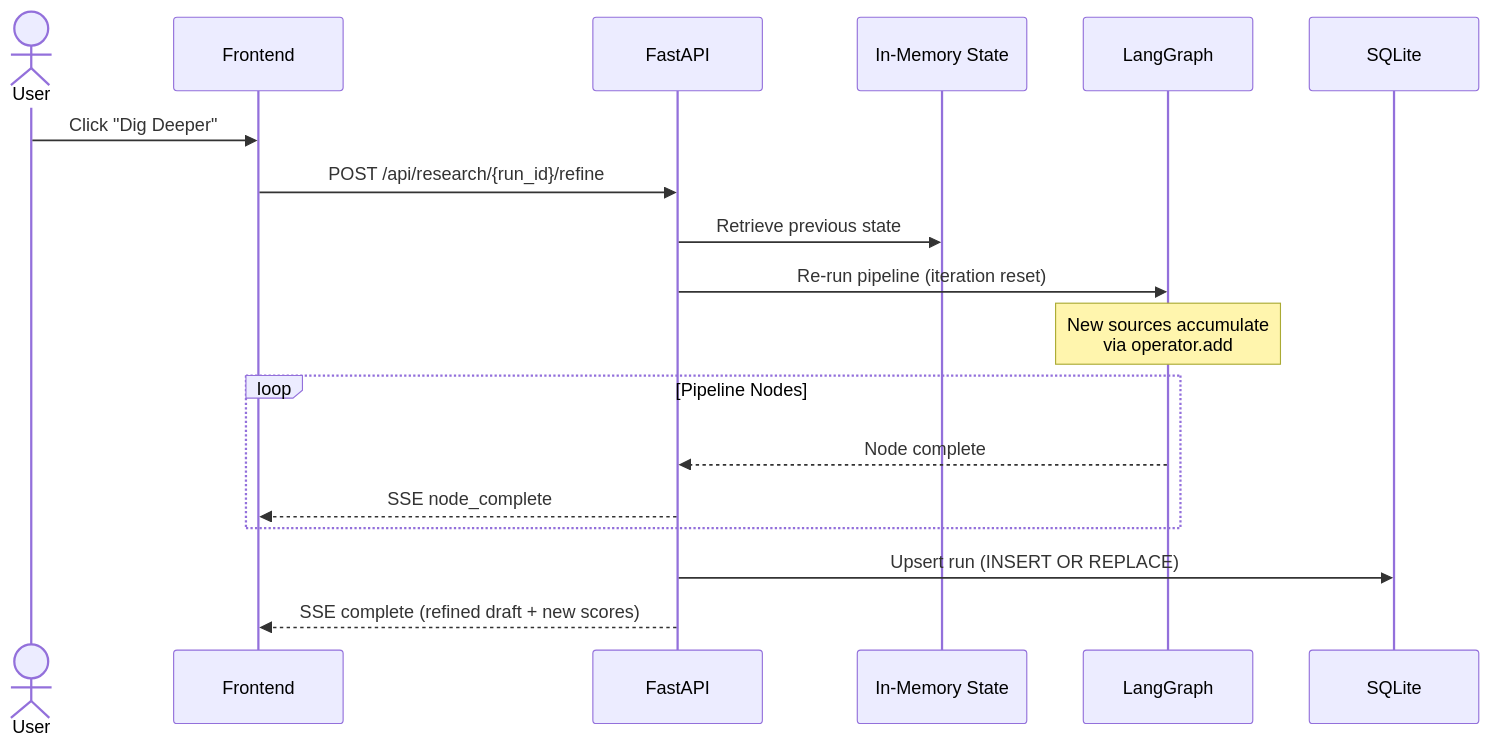
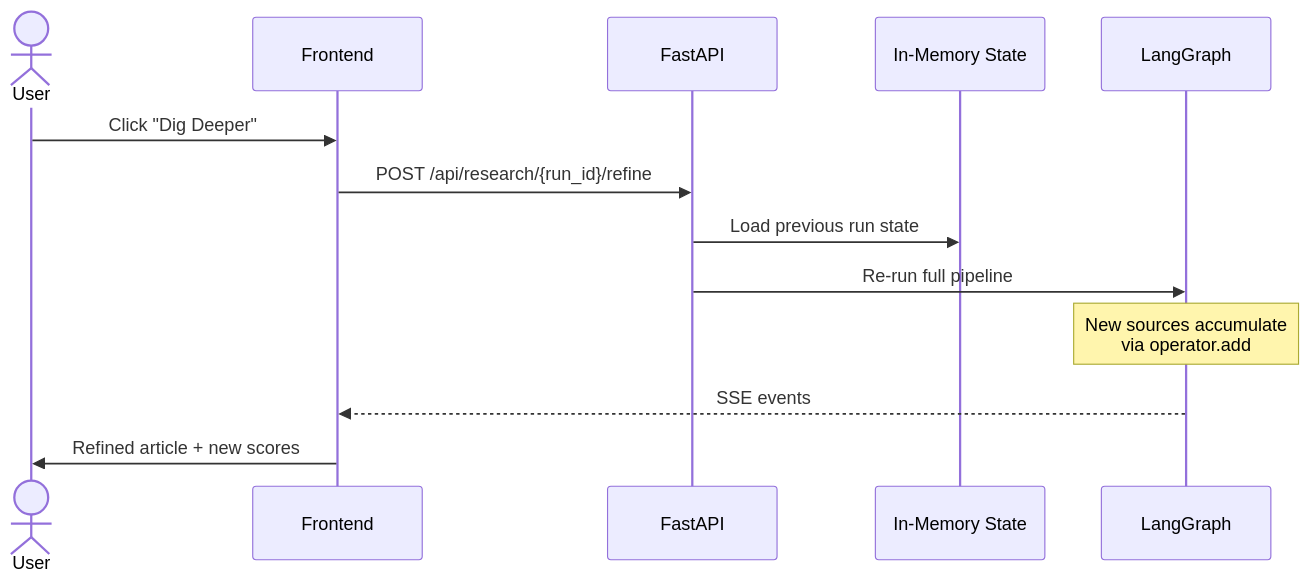
Before and after one commit to valyndsilva/lumen: the fourth of 6 diagrams in README.md, drawn with Mermaid. The commit also changed other lines of this file and 5 other files, not shown here.

````diff
--- a/README.md
+++ b/README.md
@@ -105,24 +172,18 @@
 ```mermaid
 sequenceDiagram
     actor User
     participant FE as Frontend
     participant API as FastAPI
     participant State as In-Memory State
     participant Graph as LangGraph
-    participant DB as SQLite
 
     User->>FE: Click "Dig Deeper"
     FE->>API: POST /api/research/{run_id}/refine
-    API->>State: Retrieve previous state
-    API->>Graph: Re-run pipeline (iteration reset)
+    API->>State: Load previous run state
+    API->>Graph: Re-run full pipeline
 
     Note over Graph: New sources accumulate<br/>via operator.add
 
-    loop Pipeline Nodes
-        Graph-->>API: Node complete
-        API-->>FE: SSE node_complete
-    end
-
-    API->>DB: Upsert run (INSERT OR REPLACE)
-    API-->>FE: SSE complete (refined draft + new scores)
+    Graph-->>FE: SSE events
+    FE->>User: Refined article + new scores
 ```
````
